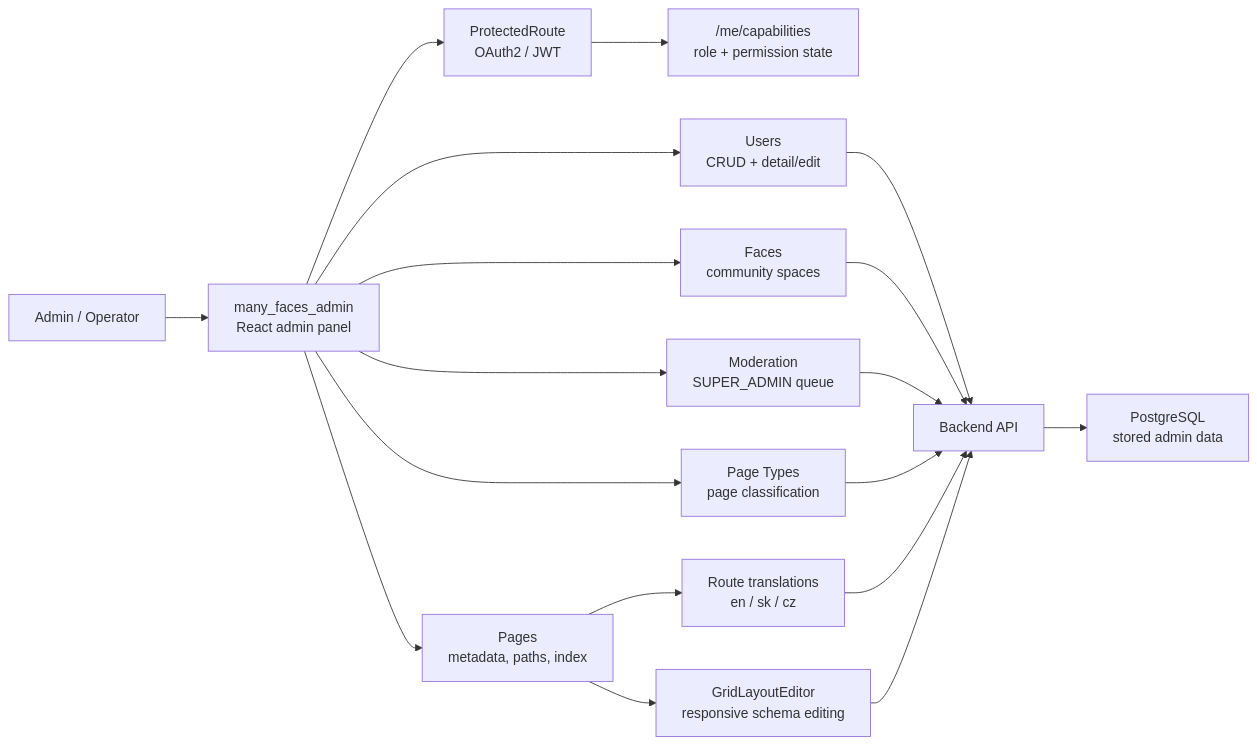
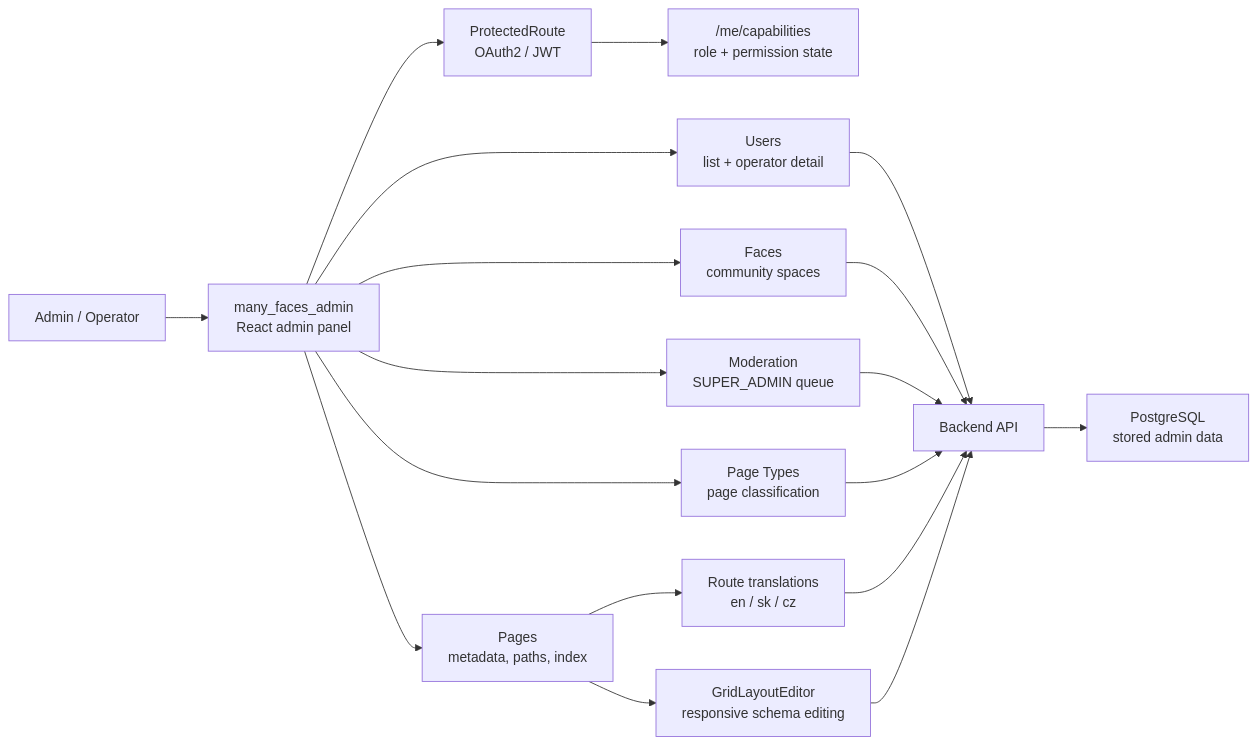
Before and after one commit to 01laky/admin_demo: the third of 4 diagrams in README.md, drawn with Mermaid. The commit also changed other lines of this file and 120 other files, not shown here.

First line of the commit message:
test(users): add operator detail api client and vitest coverage

````diff
--- a/README.md
+++ b/README.md
@@ -74,23 +74,23 @@
 ```mermaid
 flowchart LR
     operator["Admin / Operator"] --> admin["many_faces_admin<br/>React admin panel"]
     admin --> auth["ProtectedRoute<br/>OAuth2 / JWT"]
     auth --> caps["/me/capabilities<br/>role + permission state"]
 
-    admin --> users["Users<br/>CRUD + detail/edit"]
+    admin --> users["Users<br/>list + operator detail"]
     admin --> faces["Faces<br/>community spaces"]
     admin --> moderation["Moderation<br/>SUPER_ADMIN queue"]
     admin --> pageTypes["Page Types<br/>page classification"]
     admin --> pages["Pages<br/>metadata, paths, index"]
 
     pages --> translations["Route translations<br/>en / sk / cz"]
     pages --> grid["GridLayoutEditor<br/>responsive schema editing"]
 
     users --> api["Backend API"]
     faces --> api
     moderation --> api
     pageTypes --> api
     translations --> api
     grid --> api
     api --> db["PostgreSQL<br/>stored admin data"]
 ```
````
